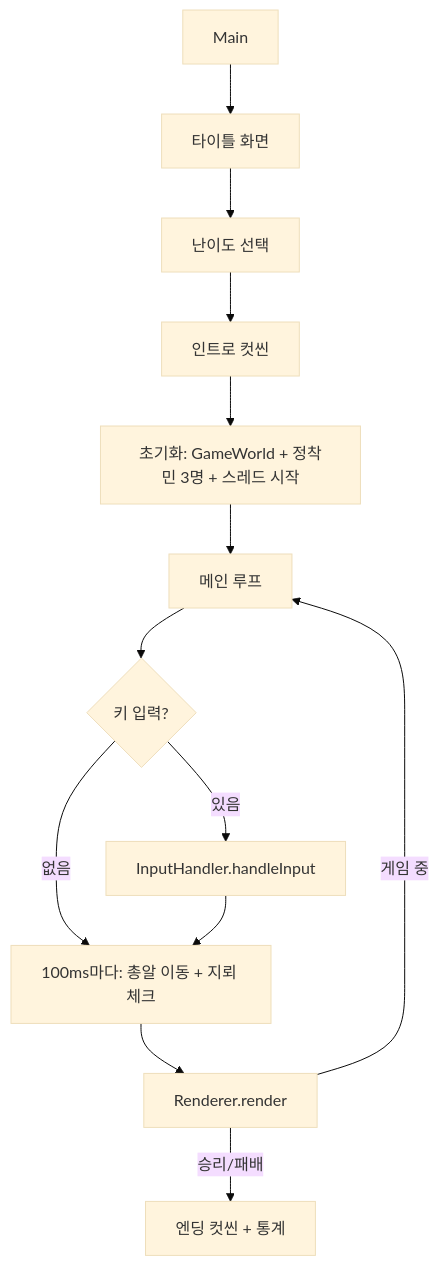
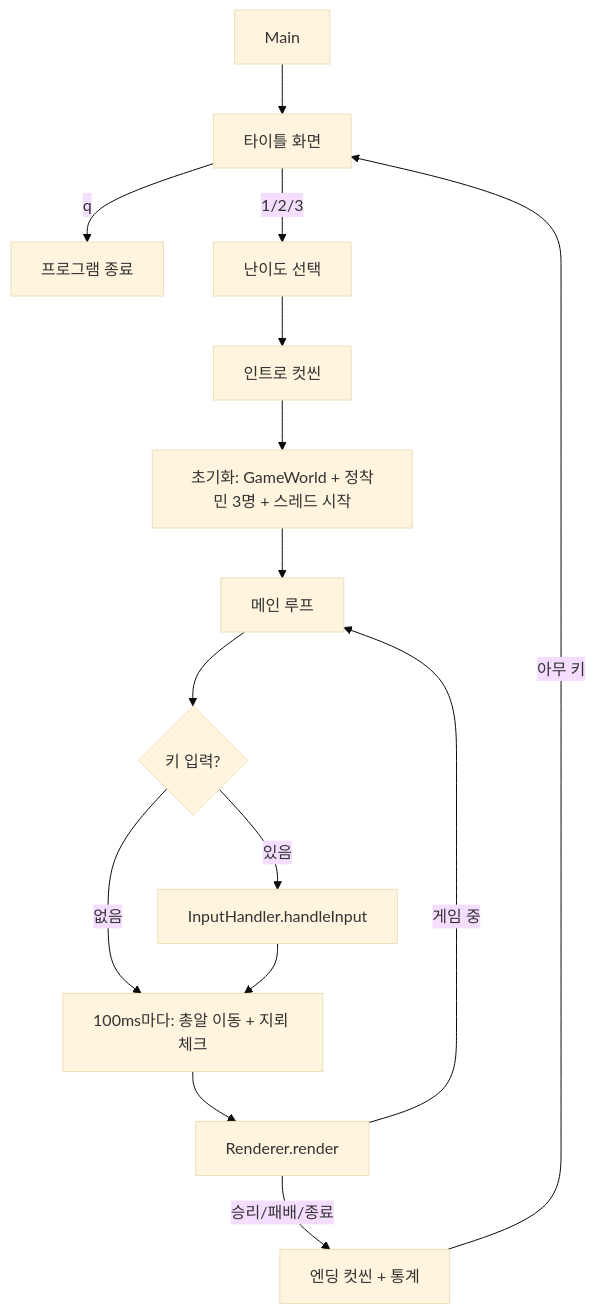
One commit to weweweme/teamnova_basic_class changed the ninth of 12 diagrams in week6/CLAUDE.md. Above: the diagram before and after it, drawn with Mermaid (base theme). The commit also changed other lines of this file and 2 other files, not shown here.

Commit message:
chore: 코드 정리

````diff
--- a/week6/CLAUDE.md
+++ b/week6/CLAUDE.md
@@ -431,16 +431,18 @@
 ```mermaid
 graph TD
     START[Main] --> TITLE[타이틀 화면]
-    TITLE --> DIFF[난이도 선택]
+    TITLE -->|q| EXIT[프로그램 종료]
+    TITLE -->|1/2/3| DIFF[난이도 선택]
     DIFF --> INTRO[인트로 컷씬]
     INTRO --> INIT[초기화: GameWorld + 정착민 3명 + 스레드 시작]
     INIT --> LOOP[메인 루프]
 
     LOOP --> INPUT{키 입력?}
     INPUT -->|있음| HANDLE[InputHandler.handleInput]
     INPUT -->|없음| PHYSICS
     HANDLE --> PHYSICS[100ms마다: 총알 이동 + 지뢰 체크]
     PHYSICS --> RENDER[Renderer.render]
     RENDER -->|게임 중| LOOP
-    RENDER -->|승리/패배| ENDSCENE[엔딩 컷씬 + 통계]
+    RENDER -->|승리/패배/종료| ENDSCENE[엔딩 컷씬 + 통계]
+    ENDSCENE -->|아무 키| TITLE
 ```
````
